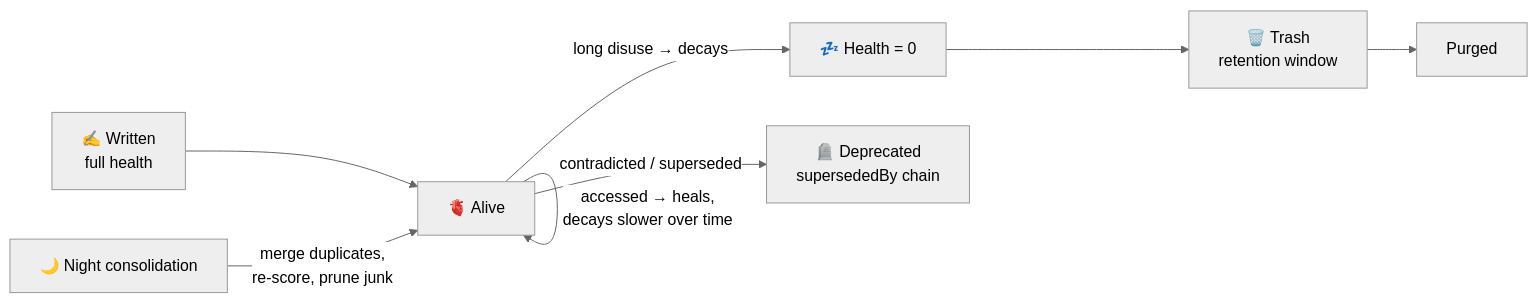
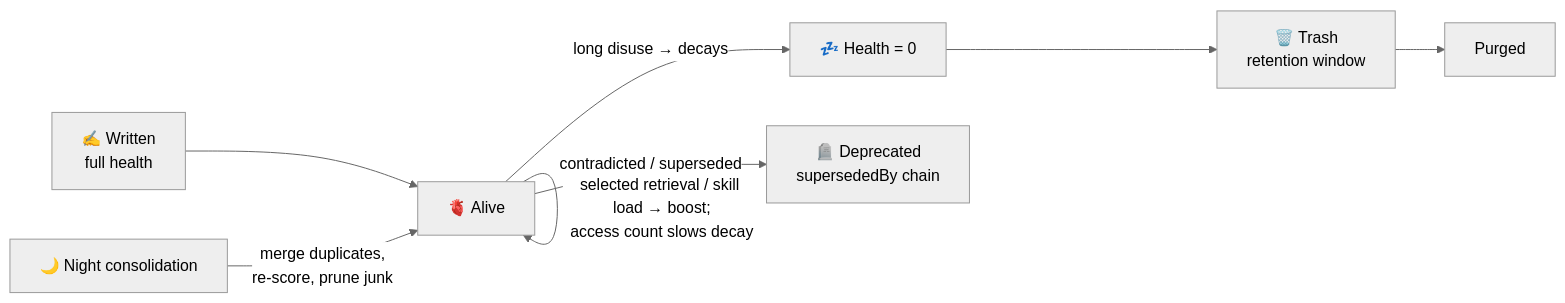
The second of 3 diagrams in README.md (Hsi431/memory-river), drawn with Mermaid (neutral theme) before and after one commit. The commit also changed other lines of this file and 112 other files, not shown here.

````diff
--- a/README.md
+++ b/README.md
@@ -89,10 +89,10 @@
 ```mermaid
 flowchart LR
     W["✍️ Written<br/>full health"] --> L["🫀 Alive"]
-    L -->|"accessed → heals,<br/>decays slower over time"| L
+    L -->|"selected retrieval / skill load → boost;<br/>access count slows decay"| L
     L -->|"long disuse → decays"| Z["💤 Health = 0"]
     L -->|"contradicted / superseded"| DEP["🪦 Deprecated<br/>supersededBy chain"]
     Z --> TR["🗑️ Trash<br/>retention window"]
     TR --> P["Purged"]
     NC["🌙 Night consolidation"] -->|"merge duplicates,<br/>re-score, prune junk"| L
 ```
````
